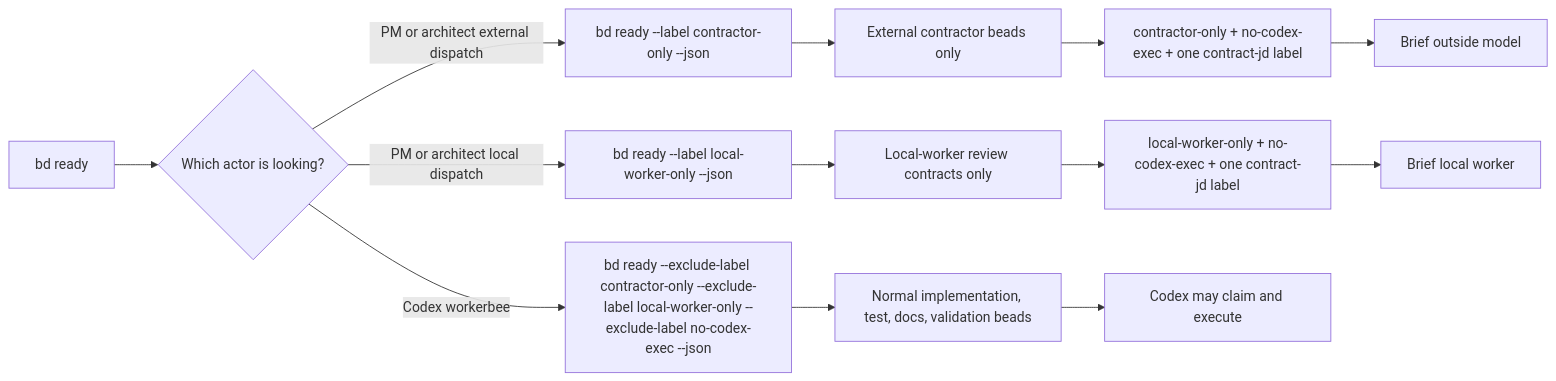
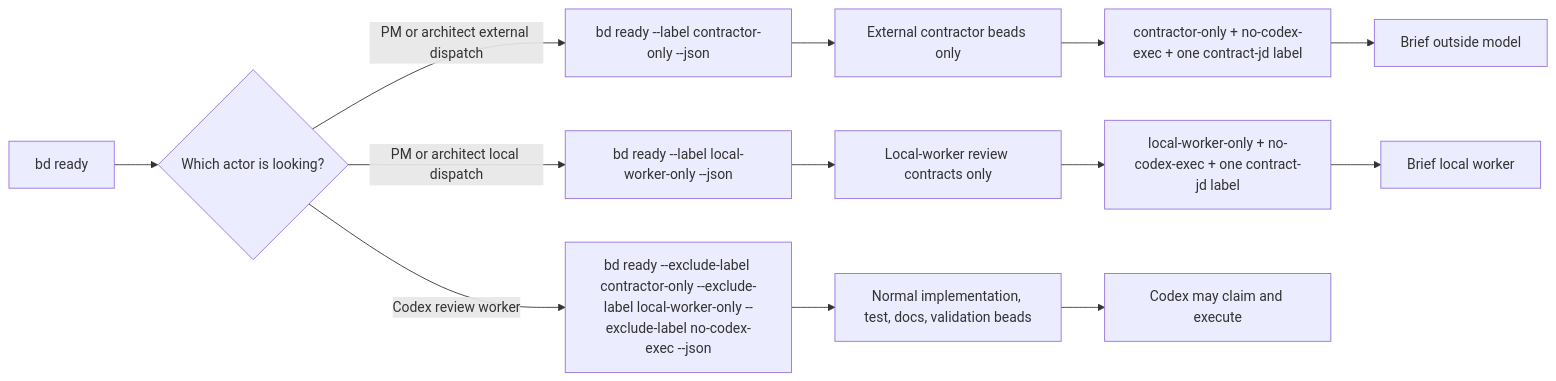
One commit to gprocunier/complex-work-orchestration changed the seventh of 7 diagrams in README.md. Above: the diagram before and after it, drawn with Mermaid. The commit also changed other lines of this file and 21 other files, not shown here.

````diff
--- a/README.md
+++ b/README.md
@@ -381,17 +387,17 @@
 ```mermaid
 flowchart LR
     Ready[bd ready] --> Filter{Which actor is looking?}
-    Filter -->|Codex workerbee| CodexCmd[bd ready --exclude-label contractor-only --exclude-label local-worker-only --exclude-label no-codex-exec --json]
+    Filter -->|Codex review worker| CodexCmd[bd ready --exclude-label contractor-only --exclude-label local-worker-only --exclude-label no-codex-exec --json]
     Filter -->|PM or architect external dispatch| ContractorCmd[bd ready --label contractor-only --json]
     Filter -->|PM or architect local dispatch| LocalCmd[bd ready --label local-worker-only --json]
 
     CodexCmd --> Normal[Normal implementation, test, docs, validation beads]
     ContractorCmd --> Contracts[External contractor beads only]
     LocalCmd --> LocalContracts[Local-worker review contracts only]
 
     Contracts --> ContractLabels[contractor-only + no-codex-exec + one contract-jd label]
     LocalContracts --> LocalLabels[local-worker-only + no-codex-exec + one contract-jd label]
     ContractLabels --> Packet[Brief outside model]
     LocalLabels --> LocalEnvelope[Brief local worker]
     Normal --> Execute[Codex may claim and execute]
 ```
````
